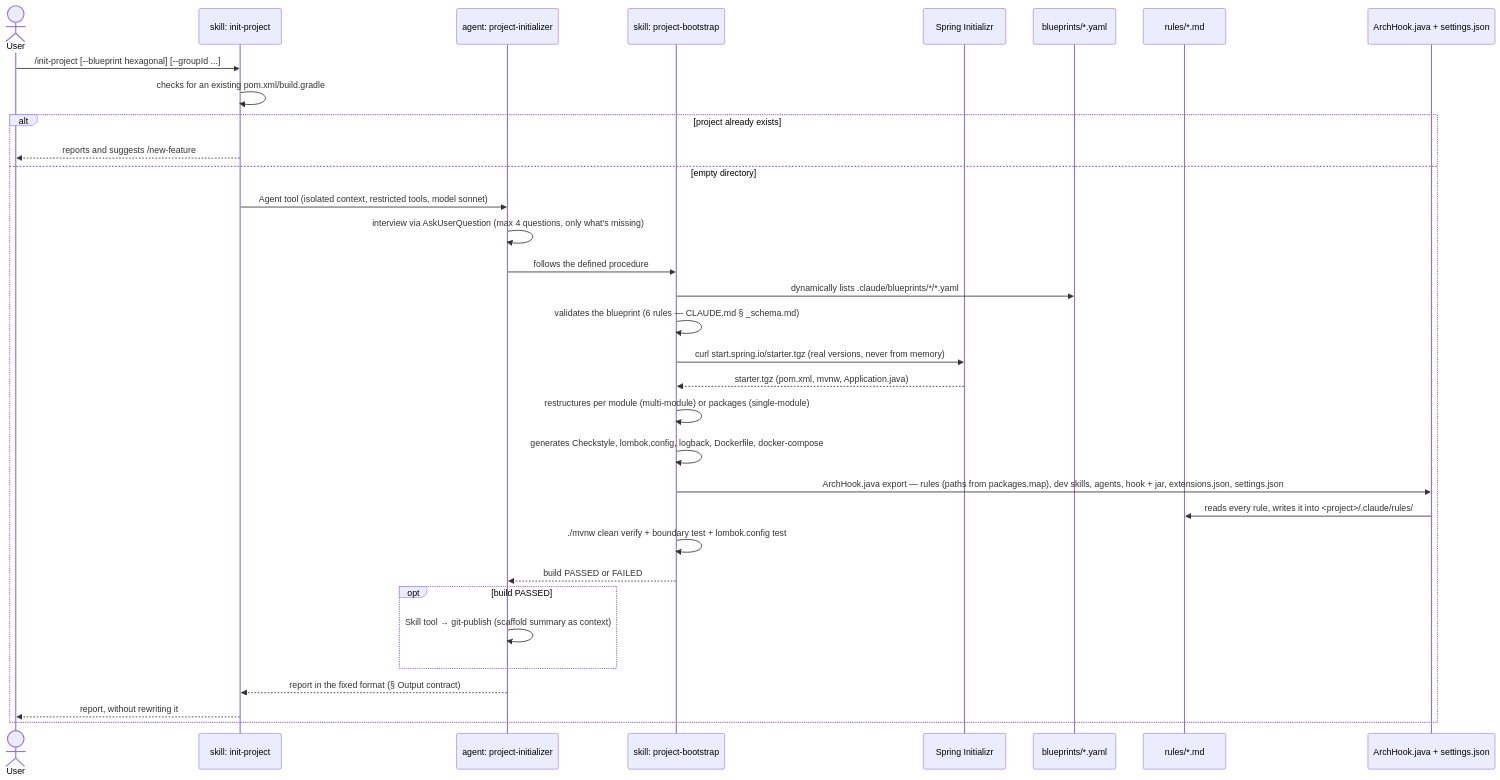
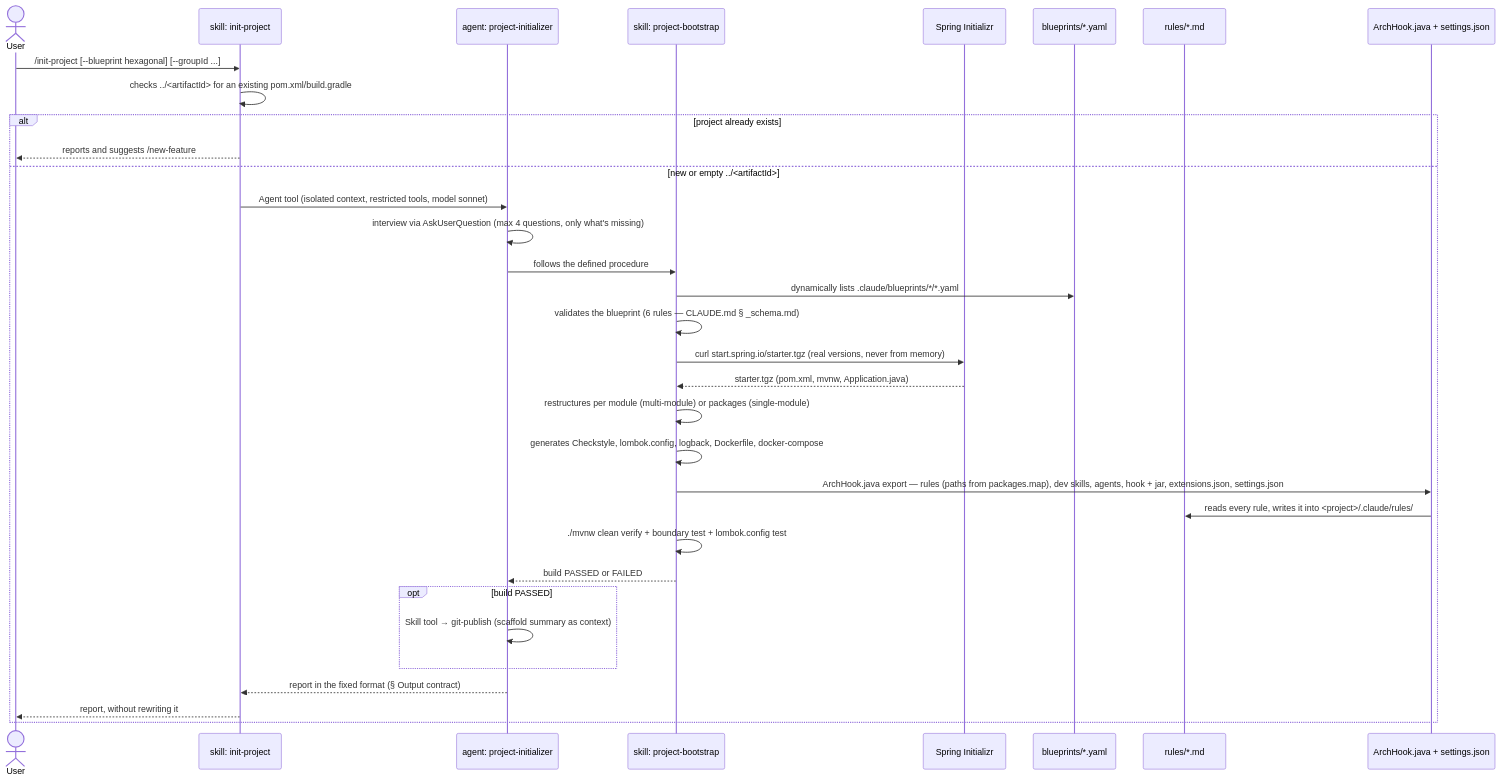
One commit to ice-lfernandes/claude-spring-architect changed the diagram in docs/en/02-init-project.md. Above: the diagram before and after it, drawn with Mermaid. The commit also changed other lines of this file and 9 other files, not shown here.

````diff
--- a/docs/en/02-init-project.md
+++ b/docs/en/02-init-project.md
@@ -33,36 +48,36 @@
 ```mermaid
 sequenceDiagram
     actor U as User
     participant CMD as skill: init-project
     participant AG as agent: project-initializer
     participant BOOT as skill: project-bootstrap
     participant INIT as Spring Initializr
     participant BP as blueprints/*.yaml
     participant RULES as rules/*.md
     participant HOOK as ArchHook.java + settings.json
 
     U->>CMD: /init-project [--blueprint hexagonal] [--groupId ...]
-    CMD->>CMD: checks for an existing pom.xml/build.gradle
+    CMD->>CMD: checks ../<artifactId> for an existing pom.xml/build.gradle
     alt project already exists
         CMD-->>U: reports and suggests /new-feature
-    else empty directory
+    else new or empty ../<artifactId>
         CMD->>AG: Agent tool (isolated context, restricted tools, model sonnet)
         AG->>AG: interview via AskUserQuestion (max 4 questions, only what's missing)
         AG->>BOOT: follows the defined procedure
         BOOT->>BP: dynamically lists .claude/blueprints/*/*.yaml
         BOOT->>BOOT: validates the blueprint (6 rules — CLAUDE.md § _schema.md)
         BOOT->>INIT: curl start.spring.io/starter.tgz (real versions, never from memory)
         INIT-->>BOOT: starter.tgz (pom.xml, mvnw, Application.java)
         BOOT->>BOOT: restructures per module (multi-module) or packages (single-module)
         BOOT->>BOOT: generates Checkstyle, lombok.config, logback, Dockerfile, docker-compose
         BOOT->>HOOK: ArchHook.java export — rules (paths from packages.map), dev skills, agents, hook + jar, extensions.json, settings.json
         HOOK->>RULES: reads every rule, writes it into <project>/.claude/rules/
         BOOT->>BOOT: ./mvnw clean verify + boundary test + lombok.config test
         BOOT-->>AG: build PASSED or FAILED
         opt build PASSED
             AG->>AG: Skill tool → git-publish (scaffold summary as context)
         end
         AG-->>CMD: report in the fixed format (§ Output contract)
         CMD-->>U: report, without rewriting it
     end
 ```
````
